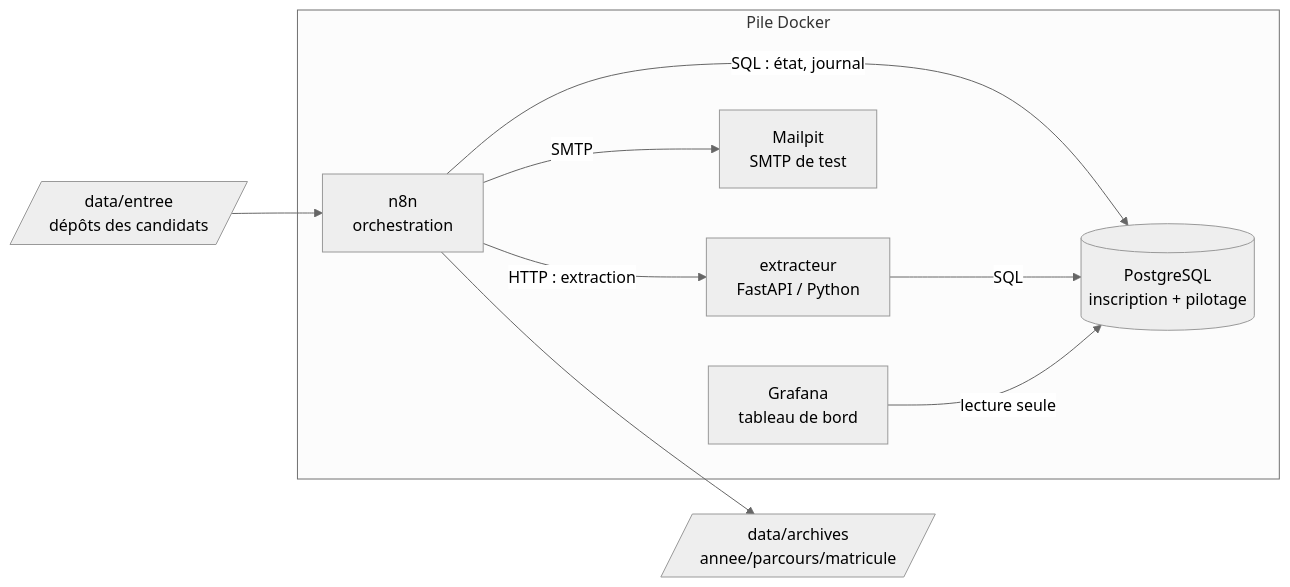
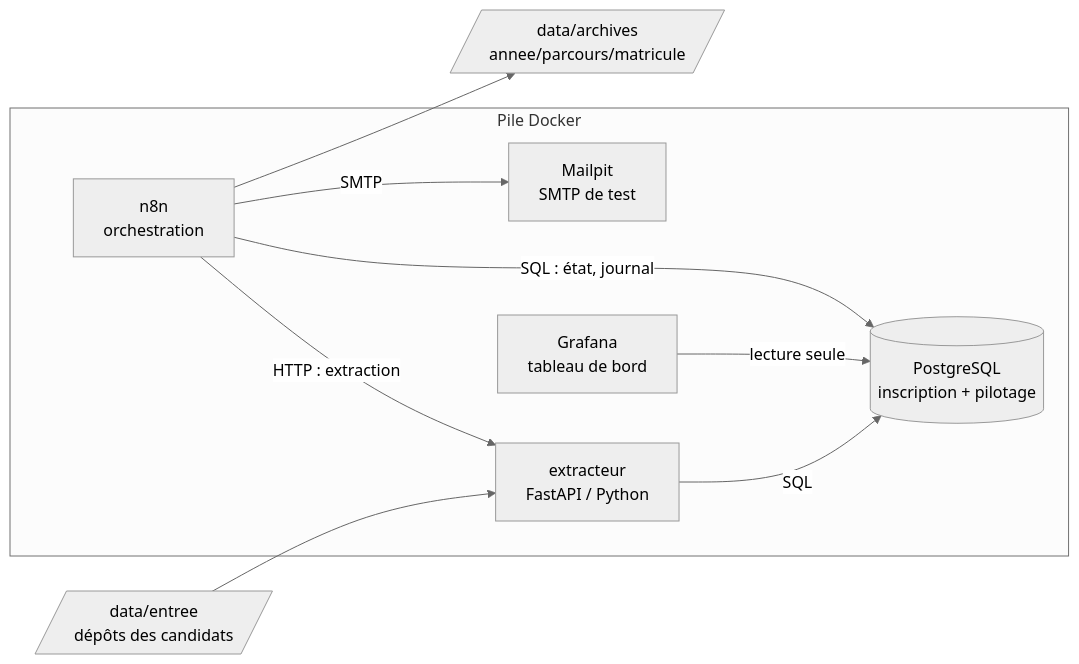
One commit to Toky245/admission-pipeline changed the diagram in docs/architecture.md. Above: the diagram before and after it, drawn with Mermaid (neutral theme). The commit also changed other lines of this file and 14 other files, not shown here.

Commit message:
README final, architecture, captures et scénario de démo

````diff
--- a/docs/architecture.md
+++ b/docs/architecture.md
@@ -5,19 +5,19 @@
 ```mermaid
 flowchart LR
-    D[/"data/entree<br/>dépôts des candidats"/] --> N8N
+    D[/"data/entree<br/>dépôts des candidats"/] --> EXT
 
     subgraph Pile Docker
         N8N["n8n<br/>orchestration"]
         EXT["extracteur<br/>FastAPI / Python"]
         PG[("PostgreSQL<br/>inscription + pilotage")]
         MP["Mailpit<br/>SMTP de test"]
         GF["Grafana<br/>tableau de bord"]
     end
 
     N8N -- "HTTP : extraction" --> EXT
     N8N -- "SQL : état, journal" --> PG
     EXT -- "SQL" --> PG
     N8N -- "SMTP" --> MP
     GF -- "lecture seule" --> PG
     N8N --> A[/"data/archives<br/>annee/parcours/matricule"/]
 ```
````
